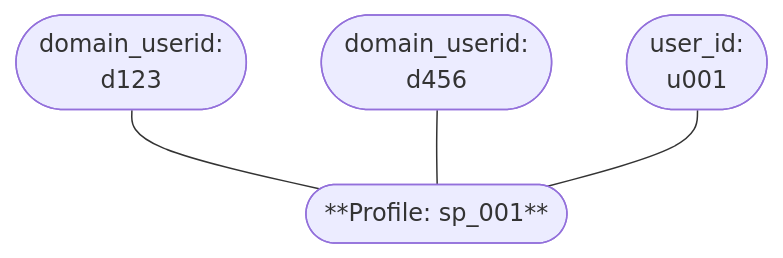
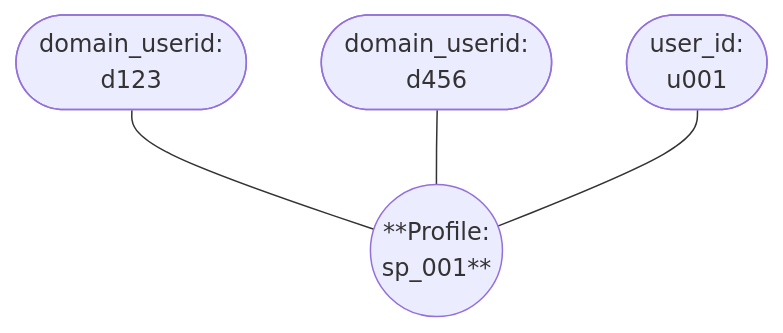
Before and after one commit to snowplow/documentation: the ninth of 9 diagrams in docs/identities/concepts/index.md, drawn with Mermaid. The commit also changed other lines of this file and 2 other files, not shown here.

````diff
--- a/docs/identities/concepts/index.md
+++ b/docs/identities/concepts/index.md
@@ -234,11 +241,11 @@
 ```mermaid
 graph TD
     A(["domain_userid:<br/>d123"])
     D(["domain_userid:<br/>d456"])
     U(["user_id:<br/>u001"])
-    P1(["**Profile: sp_001**"])
+    P1(("**Profile:<br/>sp_001**"))
 
     A --- P1
     D --- P1
     U --- P1
 ```
````
